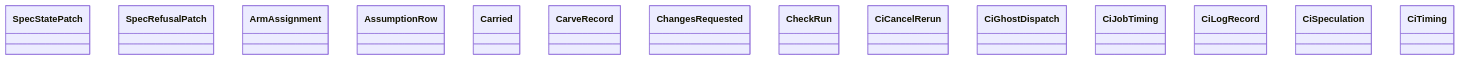
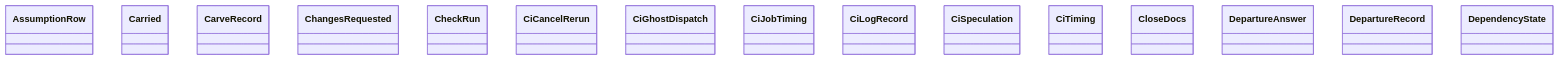
The diagram in docs/architecture/generated/classes-process-domain-state-4.md (GonzaloZevallos/agentic-system), drawn with Mermaid before and after one commit. The commit also changed other lines of this file and 22 other files, not shown here.

Commit message:
Regenerate the architecture docs after merging master

````diff
--- a/docs/architecture/generated/classes-process-domain-state-4.md
+++ b/docs/architecture/generated/classes-process-domain-state-4.md
@@ -30,17 +30,18 @@
 ```mermaid
 classDiagram
-    class spec_delivery__SpecStatePatch["SpecStatePatch"]
-    class spec_route__SpecRefusalPatch["SpecRefusalPatch"]
-    class task__ArmAssignment["ArmAssignment"]
     class task__AssumptionRow["AssumptionRow"]
     class task__Carried["Carried"]
     class task__CarveRecord["CarveRecord"]
     class task__ChangesRequested["ChangesRequested"]
     class task__CheckRun["CheckRun"]
     class task__CiCancelRerun["CiCancelRerun"]
     class task__CiGhostDispatch["CiGhostDispatch"]
     class task__CiJobTiming["CiJobTiming"]
     class task__CiLogRecord["CiLogRecord"]
     class task__CiSpeculation["CiSpeculation"]
     class task__CiTiming["CiTiming"]
+    class task__CloseDocs["CloseDocs"]
+    class task__DepartureAnswer["DepartureAnswer"]
+    class task__DepartureRecord["DepartureRecord"]
+    class task__DependencyState["DependencyState"]
 ```
````
